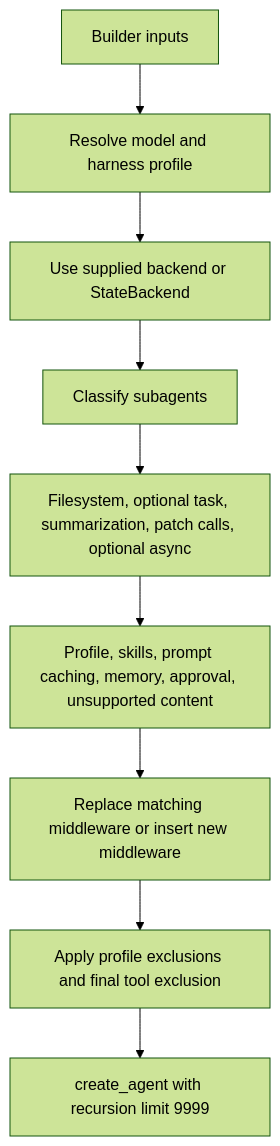
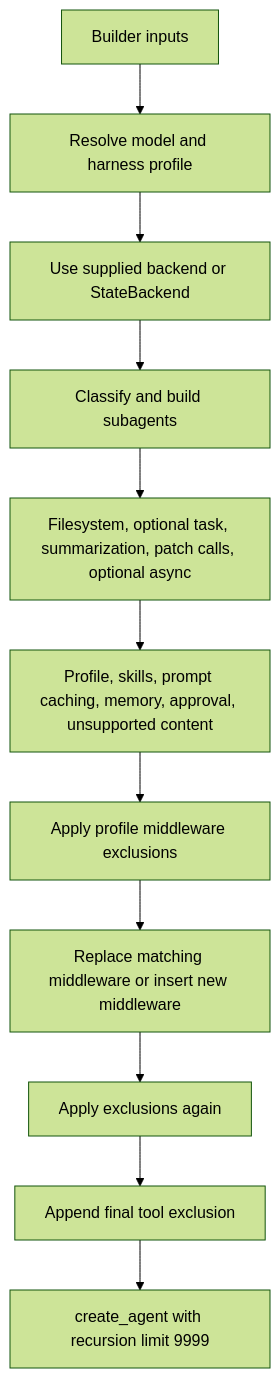
Before and after one commit to langchain-ai/deepagents: the diagram in openwiki/workflows/build-a-deep-agent.md, drawn with Mermaid (forest theme). The commit also changed other lines of this file and 44 other files, not shown here.

````diff
--- a/openwiki/workflows/build-a-deep-agent.md
+++ b/openwiki/workflows/build-a-deep-agent.md
@@ -62,11 +66,13 @@
 ```mermaid
 flowchart TD
     Input["Builder inputs"] --> Resolve["Resolve model and harness profile"]
     Resolve --> Backend["Use supplied backend or StateBackend"]
-    Backend --> Agents["Classify subagents"]
+    Backend --> Agents["Classify and build subagents"]
     Agents --> Core["Filesystem, optional task, summarization, patch calls, optional async"]
     Core --> Tail["Profile, skills, prompt caching, memory, approval, unsupported content"]
-    Tail --> Custom["Replace matching middleware or insert new middleware"]
-    Custom --> Filter["Apply profile exclusions and final tool exclusion"]
-    Filter --> Compile["create_agent with recursion limit 9999"]
+    Tail --> FirstFilter["Apply profile middleware exclusions"]
+    FirstFilter --> Custom["Replace matching middleware or insert new middleware"]
+    Custom --> SecondFilter["Apply exclusions again"]
+    SecondFilter --> ToolFilter["Append final tool exclusion"]
+    ToolFilter --> Compile["create_agent with recursion limit 9999"]
 ```
````
